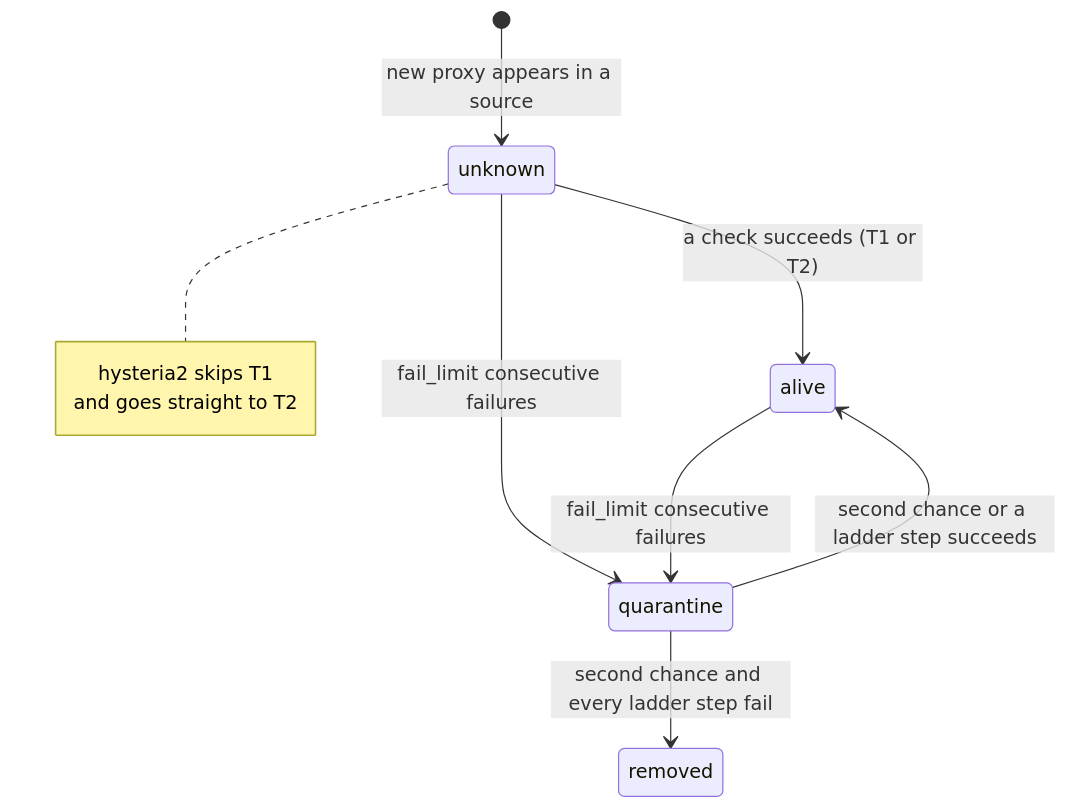
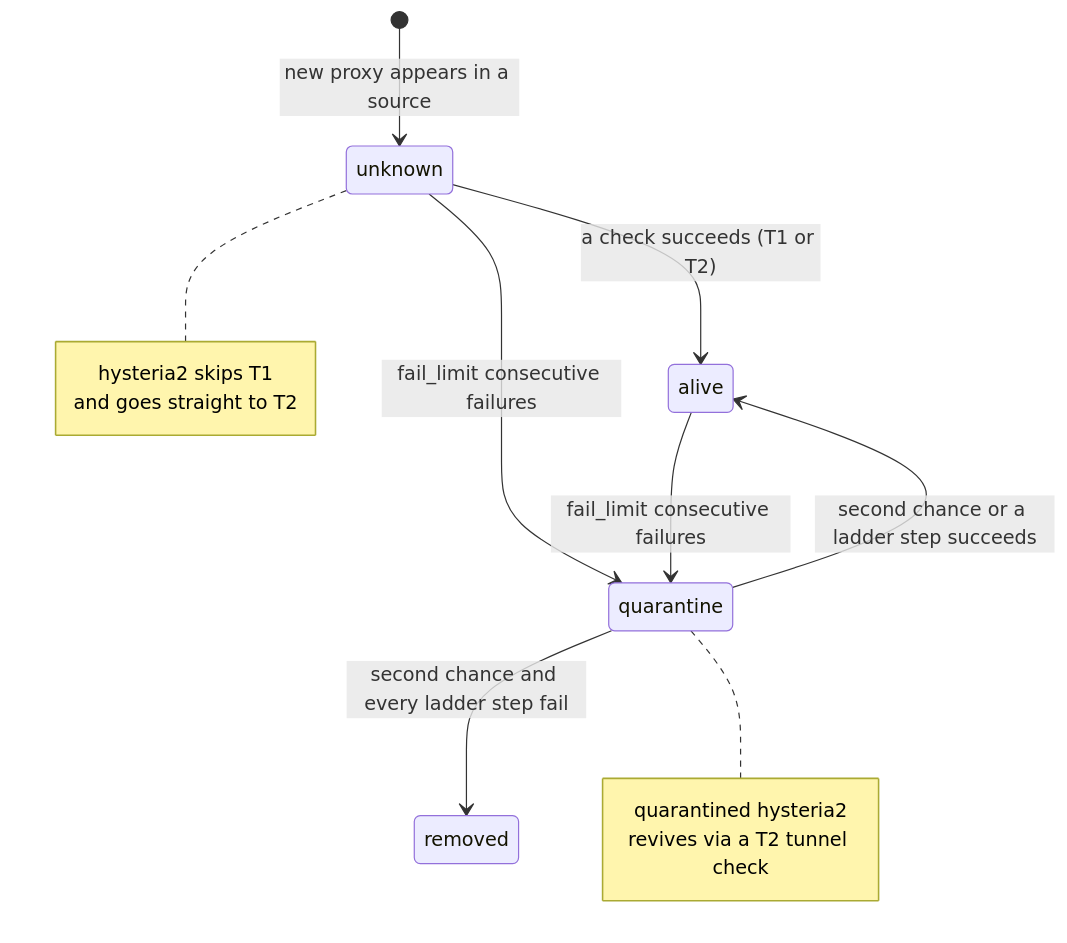
The second of 2 diagrams in USERGUIDE.md (Viktor45/fumox), drawn with Mermaid before and after one commit. The commit also changed other lines of this file and 11 other files, not shown here.

````diff
--- a/USERGUIDE.md
+++ b/USERGUIDE.md
@@ -916,13 +925,17 @@
 ```mermaid
 stateDiagram-v2
     [*] --> unknown : new proxy appears in a source
     unknown --> alive : a check succeeds (T1 or T2)
     unknown --> quarantine : fail_limit consecutive failures
     alive --> quarantine : fail_limit consecutive failures
     quarantine --> alive : second chance or a ladder step succeeds
     quarantine --> removed : second chance and every ladder step fail
     note right of unknown
         hysteria2 skips T1
         and goes straight to T2
     end note
+    note right of quarantine
+        quarantined hysteria2
+        revives via a T2 tunnel check
+    end note
 ```
````
